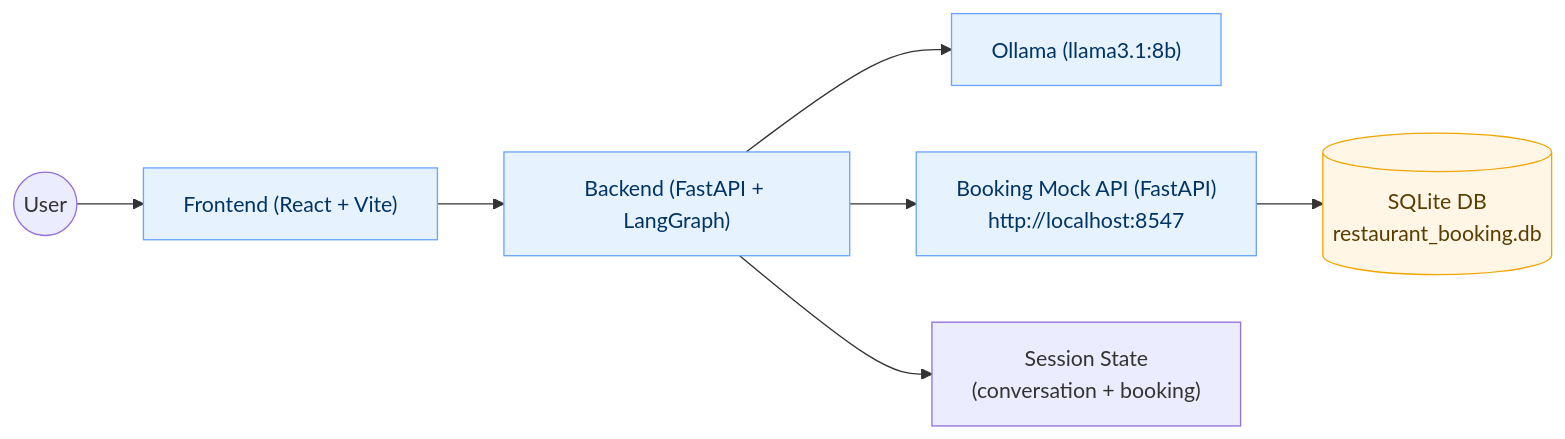
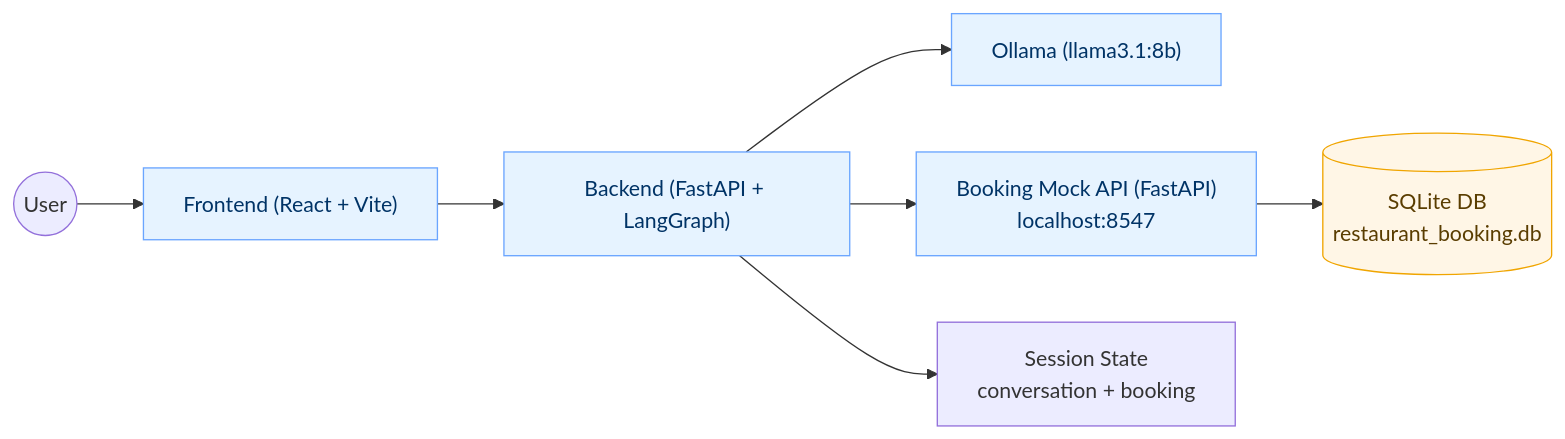
The diagram in README.md (Nikitich2033/Booking_Chat_Task), drawn with Mermaid before and after one commit. The commit also changed other lines of this file, not shown here.

````diff
--- a/README.md
+++ b/README.md
@@ -126,14 +128,14 @@
 ```mermaid
 flowchart LR
-  user((User)) --> fe["Frontend (React + Vite)"]
+  user(("User")) --> fe["Frontend (React + Vite)"]
   fe --> be["Backend (FastAPI + LangGraph)"]
   be --> llm["Ollama (llama3.1:8b)"]
-  be --> api["Booking Mock API (FastAPI)\nhttp://localhost:8547"]
-  api --> db[("SQLite DB\nrestaurant_booking.db")]
-  be --> session["Session State\n(conversation + booking)"]
+  be --> api["Booking Mock API (FastAPI)<br/>localhost:8547"]
+  api --> db[("SQLite DB<br/>restaurant_booking.db")]
+  be --> session["Session State<br/>conversation + booking"]
 
   classDef svc fill:#e6f3ff,stroke:#6aa5ff,color:#003366
   classDef db fill:#fff6e6,stroke:#f0a500,color:#5a3d00
   class fe,be,api,llm svc
   class db db
 ```
````
